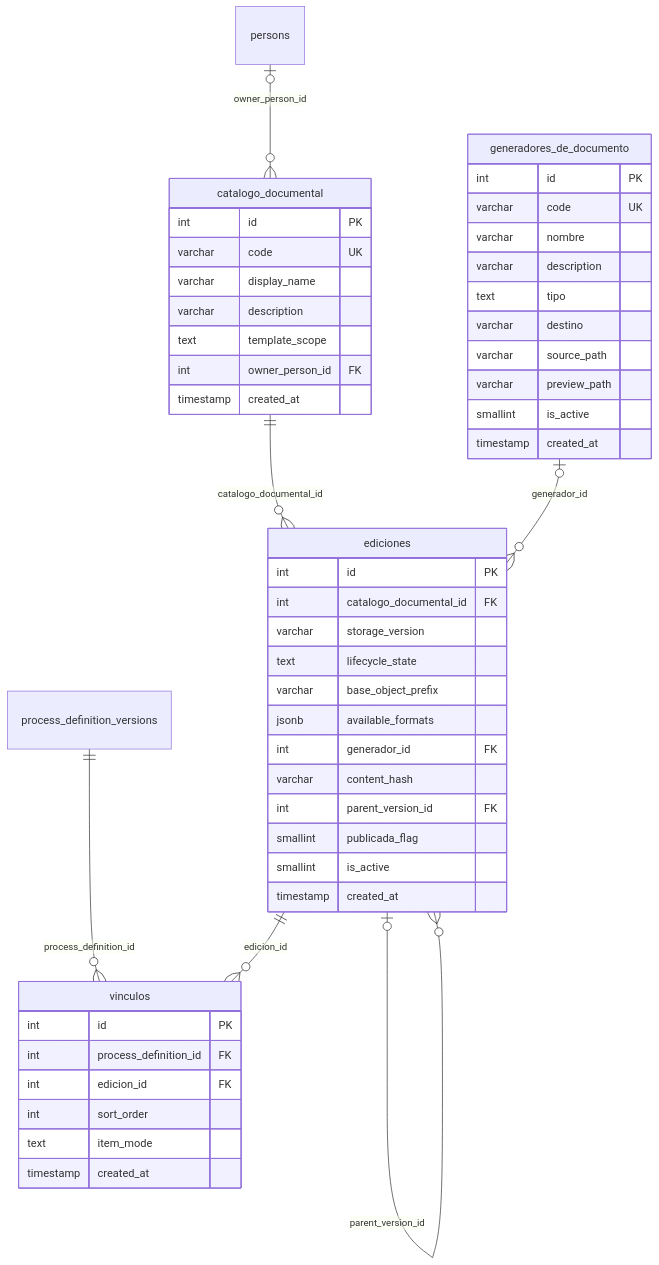
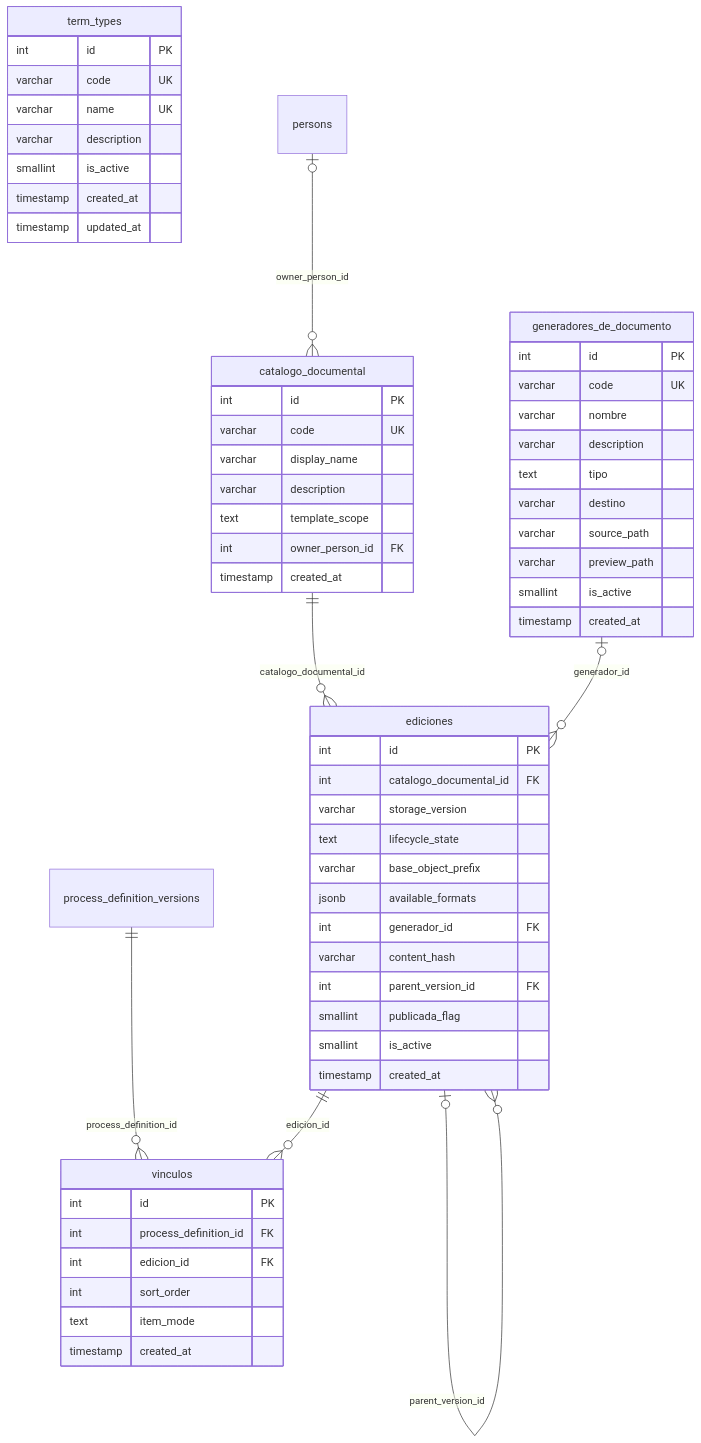
One commit to fresvel/deasy changed the fourth of 10 diagrams in docs/src/content/docs/modelo/mapa-con-campos.md. Above: the diagram before and after it, drawn with Mermaid. The commit also changed other lines of this file and 27 other files, not shown here.

````diff
--- a/docs/src/content/docs/modelo/mapa-con-campos.md
+++ b/docs/src/content/docs/modelo/mapa-con-campos.md
@@ -266,53 +263,62 @@
 ```mermaid
 erDiagram
   %% generado por scripts/docs/gen-mapa-campos.mjs: no se edita a mano
+  term_types {
+    int id PK
+    varchar code UK
+    varchar name UK
+    varchar description
+    smallint is_active
+    timestamp created_at
+    timestamp updated_at
+  }
   catalogo_documental {
     int id PK
     varchar code UK
     varchar display_name
     varchar description
     text template_scope
     int owner_person_id FK
     timestamp created_at
   }
   ediciones {
     int id PK
     int catalogo_documental_id FK
     varchar storage_version
     text lifecycle_state
     varchar base_object_prefix
     jsonb available_formats
     int generador_id FK
     varchar content_hash
     int parent_version_id FK
     smallint publicada_flag
     smallint is_active
     timestamp created_at
   }
   generadores_de_documento {
     int id PK
     varchar code UK
     varchar nombre
     varchar description
     text tipo
     varchar destino
     varchar source_path
     varchar preview_path
     smallint is_active
     timestamp created_at
   }
   vinculos {
     int id PK
     int process_definition_id FK
     int edicion_id FK
     int sort_order
     text item_mode
     timestamp created_at
   }
   persons |o--o{ catalogo_documental : "owner_person_id"
   catalogo_documental ||--o{ ediciones : "catalogo_documental_id"
   generadores_de_documento |o--o{ ediciones : "generador_id"
   ediciones |o--o{ ediciones : "parent_version_id"
   process_definition_versions ||--o{ vinculos : "process_definition_id"
   ediciones ||--o{ vinculos : "edicion_id"
 ```
````
